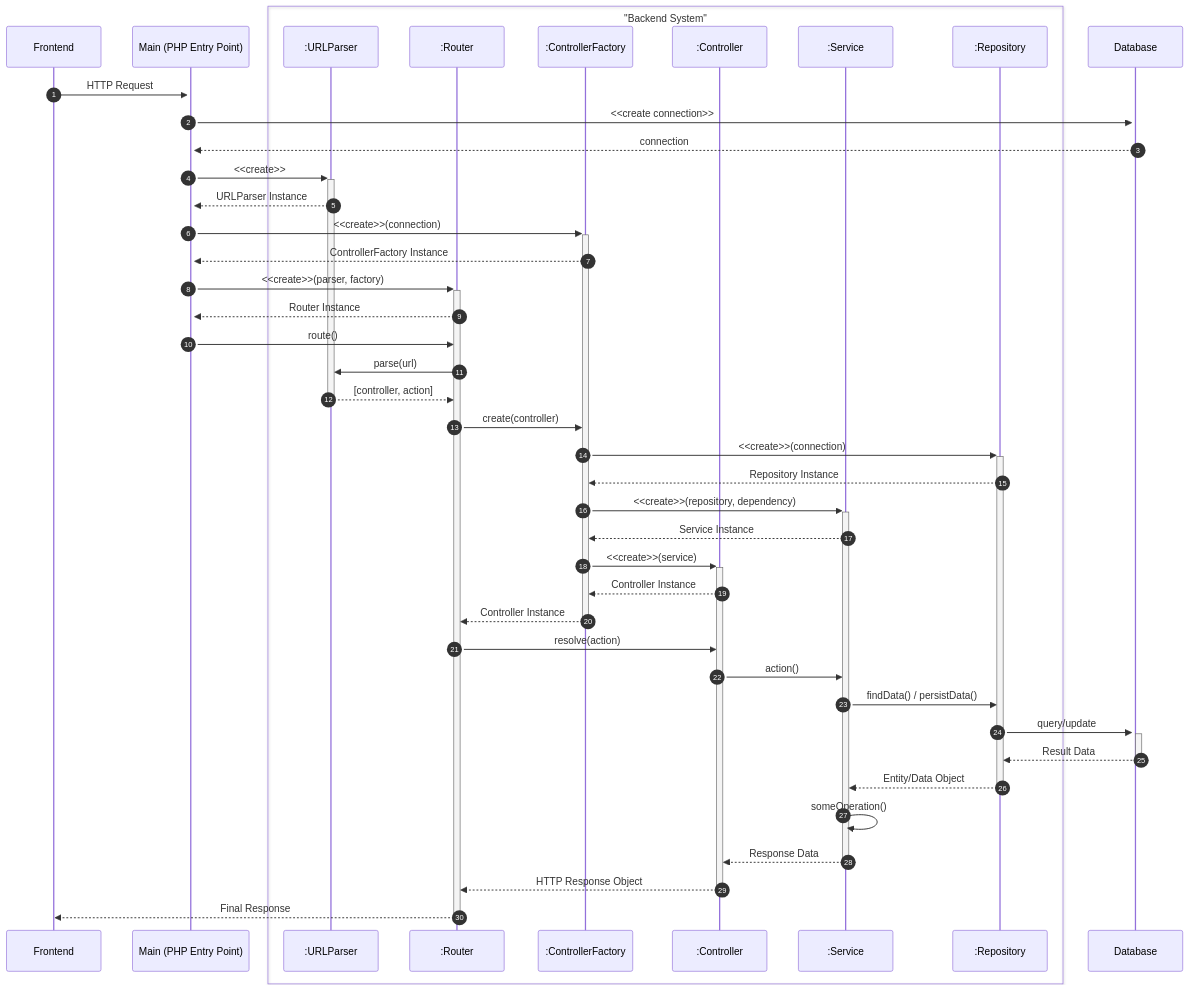
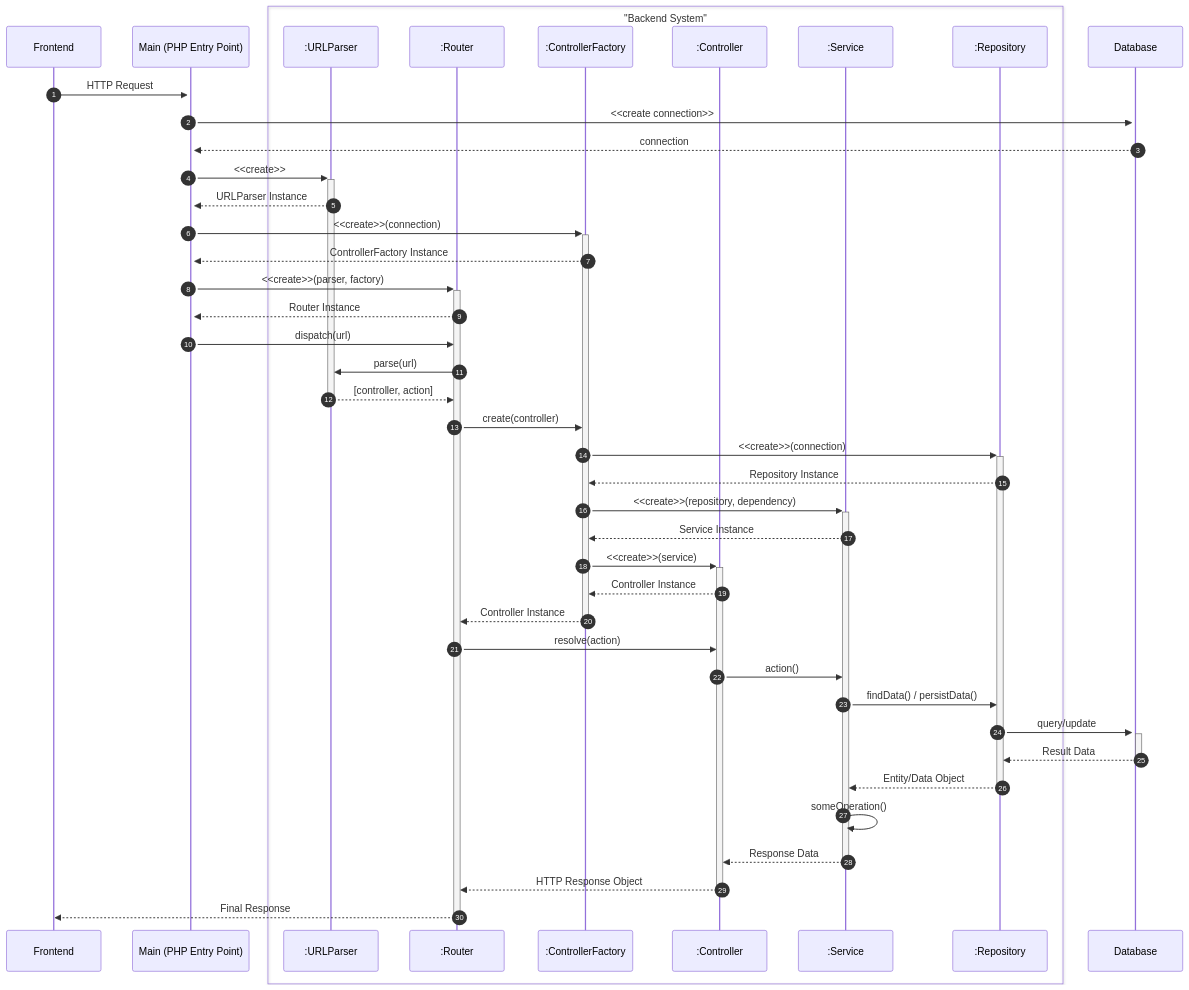
Before and after one commit to mb4dev/progetto-prova: the diagram in documentazione/diagrammi_sequenza/backend.md, drawn with Mermaid. The commit also changed 2 other files, not shown here.

Commit message:
doc: iniziato diagramma delle classi

````diff
--- a/documentazione/diagrammi_sequenza/backend.md
+++ b/documentazione/diagrammi_sequenza/backend.md
@@ -1,64 +1,64 @@
 ``` mermaid 
 sequenceDiagram
     autonumber
     
     participant frontend as Frontend
     participant main as Main (PHP Entry Point)
     
     box "Backend System" #f9f9f9
         participant parser as :URLParser
         participant router as :Router
         participant factory as :ControllerFactory
         participant controller as :Controller
         participant service as :Service
         participant repository as :Repository
     end
     participant db as Database
     
     frontend->>+main: HTTP Request
 
     %% 1. FASE DI INIZIALIZZAZIONE
     main->>+db: <<create connection>>
     db-->>main: connection
     main->>+parser: <<create>>
     parser-->>main: URLParser Instance
     
     main->>+factory: <<create>>(connection)
     factory-->>main: ControllerFactory Instance
 
     main->>+router: <<create>>(parser, factory)
     router-->>main: Router Instance
 
-    main->>router: route()
+    main->>router: dispatch(url)
     
     router->>parser: parse(url)
     parser-->>-router: [controller, action]
     
     router->>factory: create(controller) 
     
     factory->>+repository: <<create>>(connection)
     repository-->>factory: Repository Instance
     
     factory->>+service: <<create>>(repository, dependency)
     service-->>factory: Service Instance
     
     factory->>+controller: <<create>>(service)
     controller-->>factory: Controller Instance
     
     factory-->>-router: Controller Instance
 
     router->>controller: resolve(action)
     
     controller->>service: action()
     
     service->>repository: findData() / persistData()
     repository->>+db: query/update
     db-->>-repository: Result Data
     repository-->>-service: Entity/Data Object
     
     service->>service: someOperation()
     service-->>-controller: Response Data
     
     controller-->>-router: HTTP Response Object
     router-->>-frontend: Final Response
 ``` 
````
